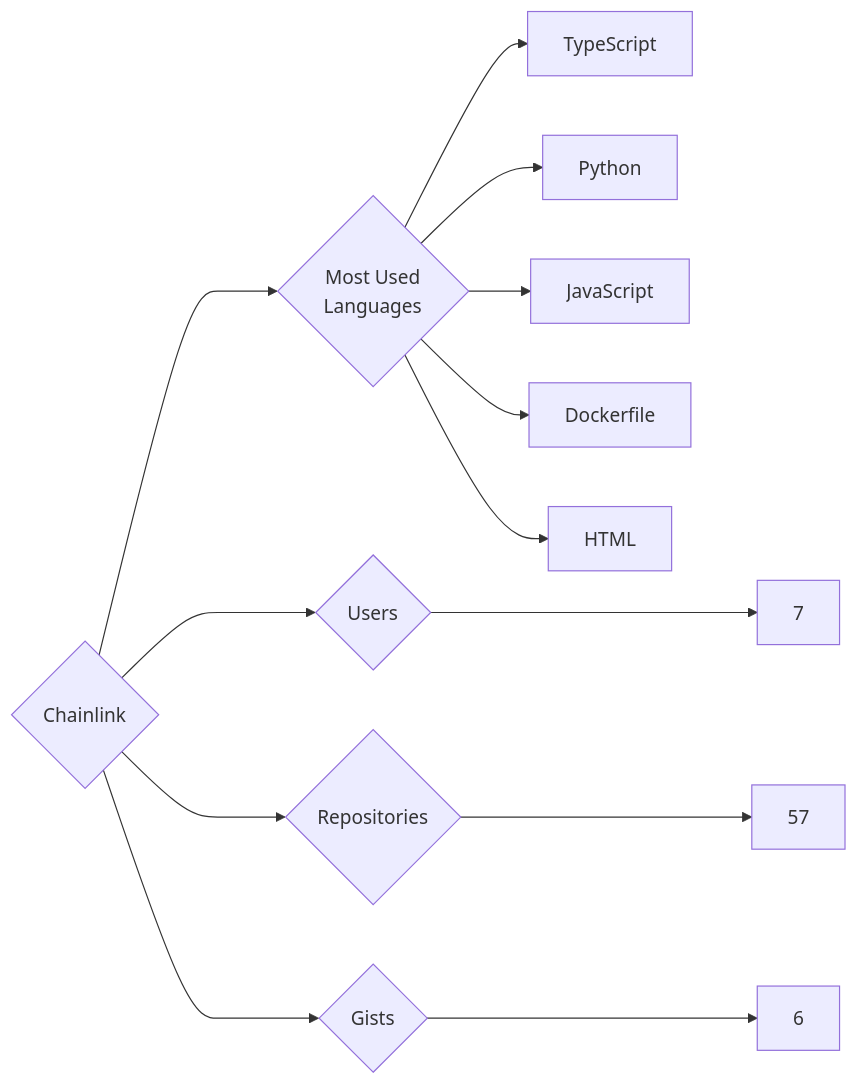
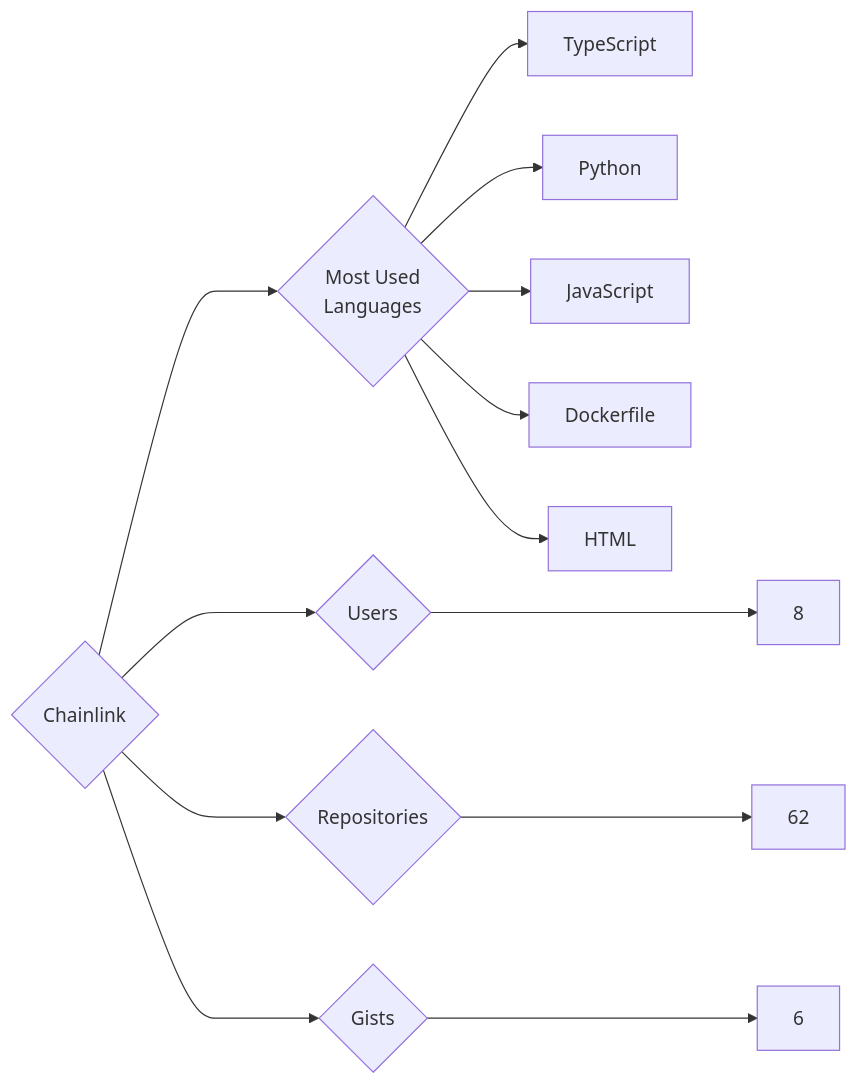
Before and after one commit to trickest/insiders: the diagram in targets/Chainlink/README.md, drawn with Mermaid. The commit also changed 912 other files, not shown here.

````diff
--- a/targets/Chainlink/README.md
+++ b/targets/Chainlink/README.md
@@ -3,13 +3,13 @@
 ```mermaid
 graph LR
 COMPANY_NAME{Chainlink}
-COMPANY_NAME ---> U{Users} ---> UN[7]
-COMPANY_NAME ---> R{Repositories} ---> RN[57]
+COMPANY_NAME ---> U{Users} ---> UN[8]
+COMPANY_NAME ---> R{Repositories} ---> RN[62]
 COMPANY_NAME ---> G{Gists} ---> GN[6]
 COMPANY_NAME ---> ML{Most Used<br>Languages}
 ML --> TypeScript[TypeScript]
 ML --> Python[Python]
 ML --> JavaScript[JavaScript]
 ML --> Dockerfile[Dockerfile]
 ML --> HTML[HTML]
 ```
````
